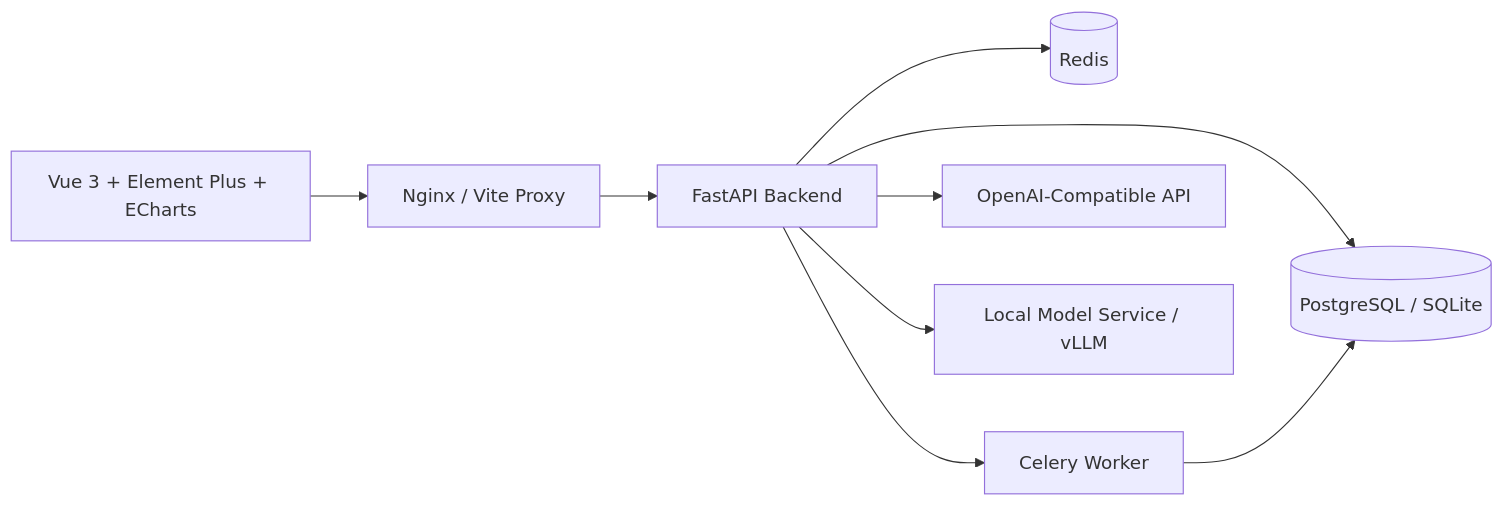
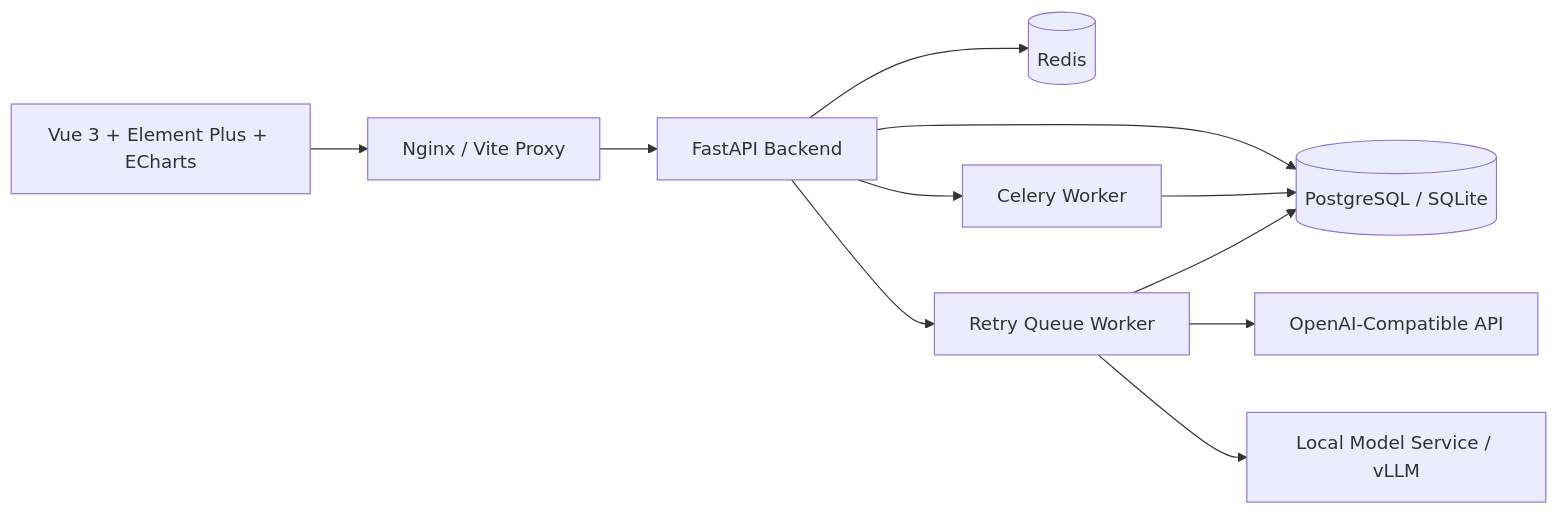
Before and after one commit to BoringZheng/Boring-Financial: the diagram in docs/architecture.md, drawn with Mermaid. The commit also changed other lines of this file and 23 other files, not shown here.

````diff
--- a/docs/architecture.md
+++ b/docs/architecture.md
@@ -7,11 +7,13 @@
 ```mermaid
 flowchart LR
     FE["Vue 3 + Element Plus + ECharts"] --> NG["Nginx / Vite Proxy"]
     NG --> API["FastAPI Backend"]
     API --> DB[("PostgreSQL / SQLite")]
     API --> REDIS[("Redis")]
     API --> CELERY["Celery Worker"]
     CELERY --> DB
-    API --> OPENAI["OpenAI-Compatible API"]
-    API --> LOCAL["Local Model Service / vLLM"]
+    API --> RETRY["Retry Queue Worker"]
+    RETRY --> DB
+    RETRY --> OPENAI["OpenAI-Compatible API"]
+    RETRY --> LOCAL["Local Model Service / vLLM"]
 ```
````
